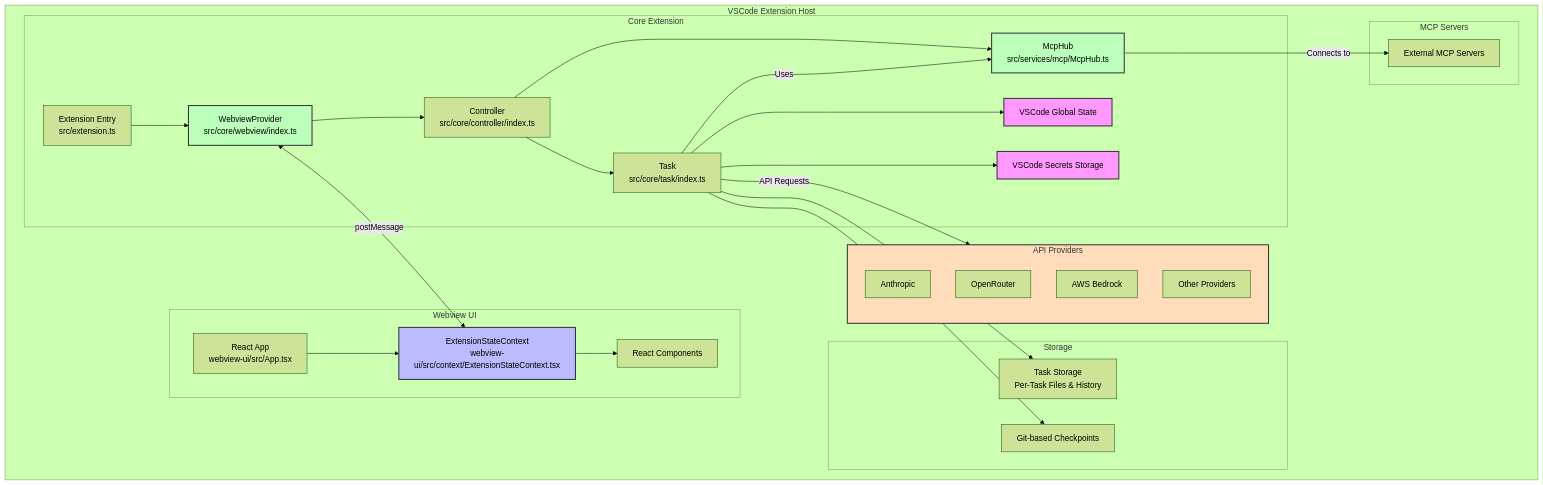
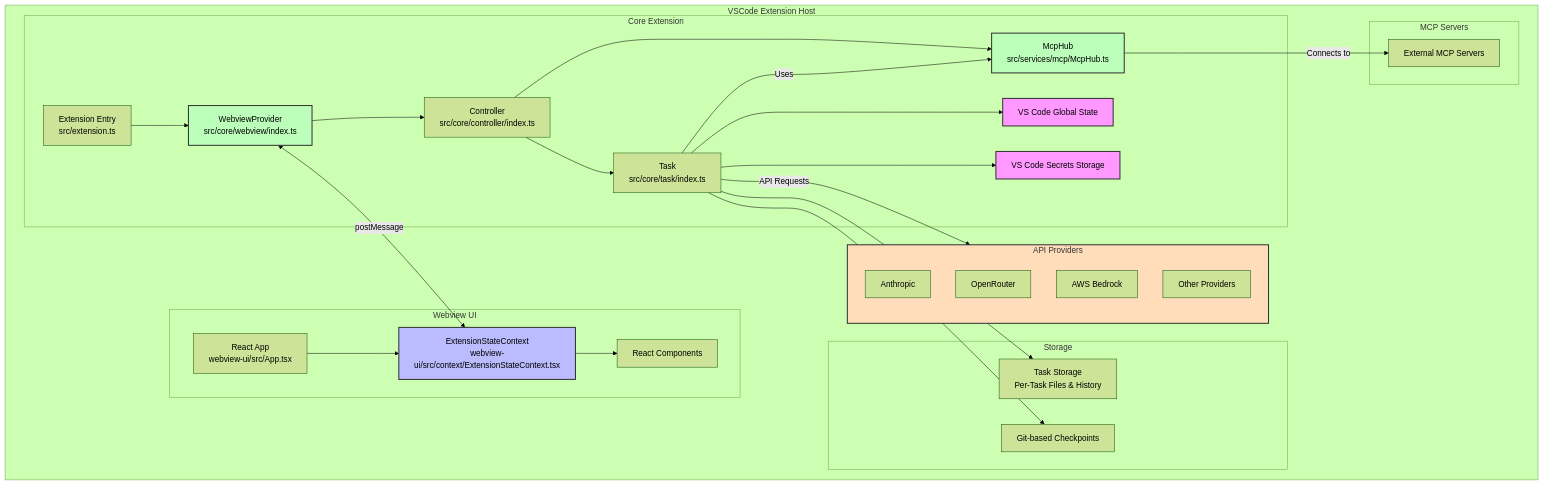
Before and after one commit to xedro98/Trumbo: the diagram in .tremborules/trembo-overview.md, drawn with Mermaid (forest theme). The commit also changed other lines of this file and 276 other files, not shown here.

````diff
--- a/.tremborules/trembo-overview.md
+++ b/.tremborules/trembo-overview.md
@@ -9,63 +9,63 @@
 ```mermaid
 graph TB
     subgraph VSCodeExtensionHost[VSCode Extension Host]
         subgraph CoreExtension[Core Extension]
             ExtensionEntry[Extension Entry<br/>src/extension.ts]
             WebviewProvider[WebviewProvider<br/>src/core/webview/index.ts]
             Controller[Controller<br/>src/core/controller/index.ts]
             Task[Task<br/>src/core/task/index.ts]
-            GlobalState[VSCode Global State]
-            SecretsStorage[VSCode Secrets Storage]
+            GlobalState[VS Code Global State]
+            SecretsStorage[VS Code Secrets Storage]
             McpHub[McpHub<br/>src/services/mcp/McpHub.ts]
         end
 
         subgraph WebviewUI[Webview UI]
             WebviewApp[React App<br/>webview-ui/src/App.tsx]
             ExtStateContext[ExtensionStateContext<br/>webview-ui/src/context/ExtensionStateContext.tsx]
             ReactComponents[React Components]
         end
 
         subgraph Storage
             TaskStorage[Task Storage<br/>Per-Task Files & History]
             CheckpointSystem[Git-based Checkpoints]
         end
 
         subgraph apiProviders[API Providers]
             AnthropicAPI[Anthropic]
             OpenRouterAPI[OpenRouter]
             BedrockAPI[AWS Bedrock]
             OtherAPIs[Other Providers]
         end
 
         subgraph MCPServers[MCP Servers]
             ExternalMcpServers[External MCP Servers]
         end
     end
 
     %% Core Extension Data Flow
     ExtensionEntry --> WebviewProvider
     WebviewProvider --> Controller
     Controller --> Task
     Controller --> McpHub
     Task --> GlobalState
     Task --> SecretsStorage
     Task --> TaskStorage
     Task --> CheckpointSystem
     Task --> |API Requests| apiProviders
     McpHub --> |Connects to| ExternalMcpServers
     Task --> |Uses| McpHub
 
     %% Webview Data Flow
     WebviewApp --> ExtStateContext
     ExtStateContext --> ReactComponents
 
     %% Bidirectional Communication
     WebviewProvider <-->|postMessage| ExtStateContext
 
     style GlobalState fill:#f9f,stroke:#333,stroke-width:2px
     style SecretsStorage fill:#f9f,stroke:#333,stroke-width:2px
     style ExtStateContext fill:#bbf,stroke:#333,stroke-width:2px
     style WebviewProvider fill:#bfb,stroke:#333,stroke-width:2px
     style McpHub fill:#bfb,stroke:#333,stroke-width:2px
     style apiProviders fill:#fdb,stroke:#333,stroke-width:2px
 ```
````
